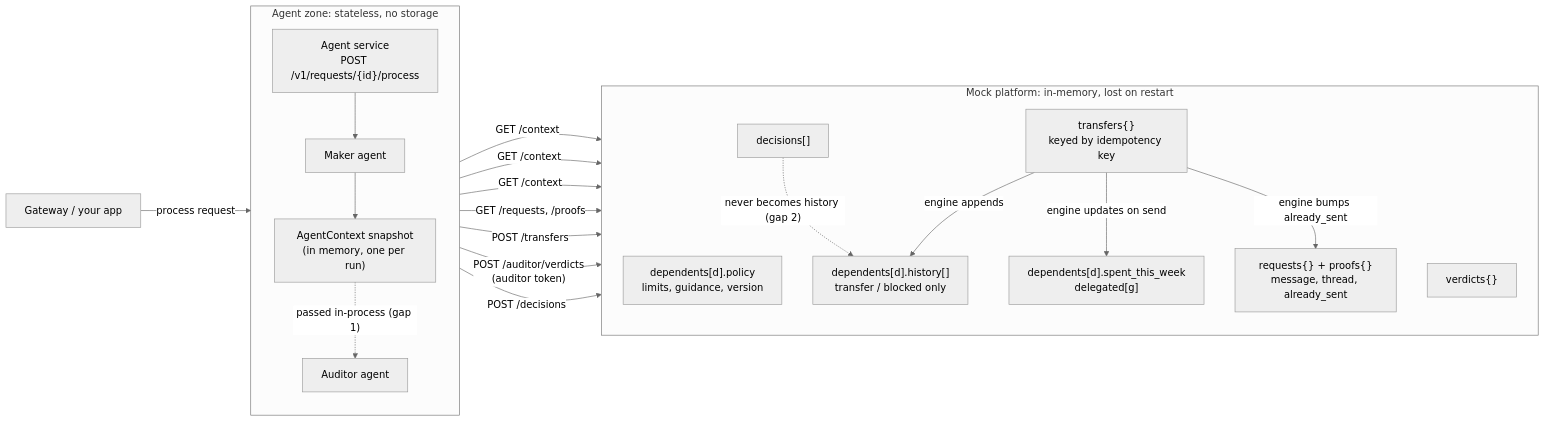
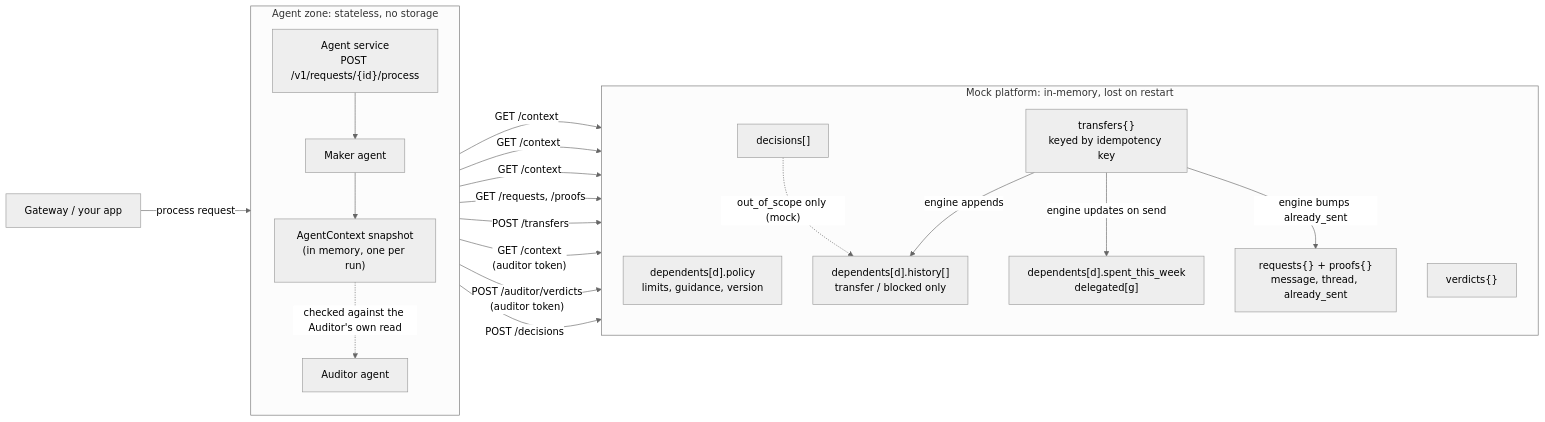
Before and after one commit to Team-Sigil/sigil: the first of 2 diagrams in agent/README.md, drawn with Mermaid (neutral theme). The commit also changed other lines of this file and 11 other files, not shown here.

````diff
--- a/agent/README.md
+++ b/agent/README.md
@@ -71,39 +73,40 @@
 ```mermaid
 flowchart LR
     GW["Gateway / your app"]
 
     subgraph AZ["Agent zone: stateless, no storage"]
         direction TB
         SVC["Agent service<br/>POST /v1/requests/{id}/process"]
         MK["Maker agent"]
         SNAP["AgentContext snapshot<br/>(in memory, one per run)"]
         AU["Auditor agent"]
         SVC --> MK
         MK --> SNAP
-        SNAP -. "passed in-process (gap 1)" .-> AU
+        SNAP -. "checked against the Auditor's own read" .-> AU
     end
 
     subgraph PL["Mock platform: in-memory, lost on restart"]
         direction TB
         POL["dependents[d].policy<br/>limits, guidance, version"]
         BUD["dependents[d].spent_this_week<br/>delegated[g]"]
         HIS["dependents[d].history[]<br/>transfer / blocked only"]
         REQ["requests{} + proofs{}<br/>message, thread, already_sent"]
         TX["transfers{}<br/>keyed by idempotency key"]
         VER["verdicts{}"]
         DEC["decisions[]"]
-        DEC -. "never becomes history (gap 2)" .-> HIS
+        DEC -. "out_of_scope only (mock)" .-> HIS
     end
 
     GW -->|"process request"| SVC
     MK -->|"GET /context"| POL
     MK -->|"GET /context"| BUD
     MK -->|"GET /context"| HIS
     MK -->|"GET /requests, /proofs"| REQ
     MK -->|"POST /transfers"| TX
+    AU -->|"GET /context<br/>(auditor token)"| POL
     AU -->|"POST /auditor/verdicts<br/>(auditor token)"| VER
     MK -->|"POST /decisions"| DEC
     TX -->|"engine updates on send"| BUD
     TX -->|"engine appends"| HIS
     TX -->|"engine bumps already_sent"| REQ
 ```
````
